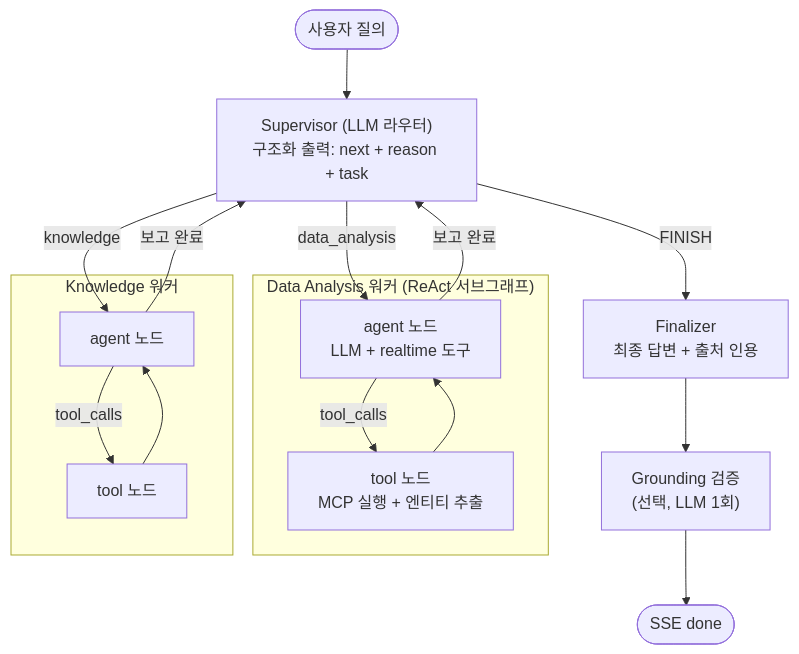
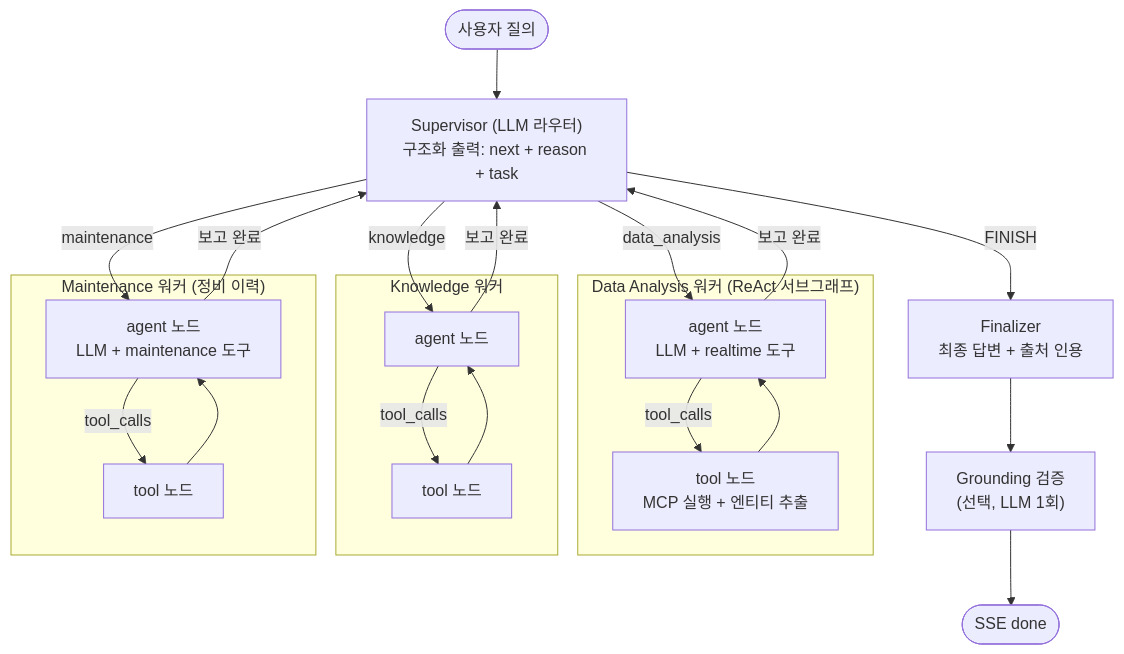
The diagram in docs/agent/architecture.md (PitCrew-Agent/Agentory-fastAPI), drawn with Mermaid before and after one commit. The commit also changed other lines of this file, not shown here.

Commit message:
docs: 에이전트 아키텍처 문서 maintenance 반영 (BE_MCP05_MAINT01)

````diff
--- a/docs/agent/architecture.md
+++ b/docs/agent/architecture.md
@@ -26,23 +26,29 @@
 ```mermaid
 flowchart TD
     START([사용자 질의]) --> SUP
 
     SUP["Supervisor (LLM 라우터)<br/>구조화 출력: next + reason + task"] -->|data_analysis| DA
     SUP -->|knowledge| KN
+    SUP -->|maintenance| MT
     SUP -->|FINISH| FIN
 
     subgraph W1["Data Analysis 워커 (ReAct 서브그래프)"]
         DA[agent 노드<br/>LLM + realtime 도구] -->|tool_calls| DAT[tool 노드<br/>MCP 실행 + 엔티티 추출]
         DAT --> DA
     end
     subgraph W2["Knowledge 워커"]
         KN[agent 노드] -->|tool_calls| KNT[tool 노드]
         KNT --> KN
     end
+    subgraph W3["Maintenance 워커 (정비 이력)"]
+        MT[agent 노드<br/>LLM + maintenance 도구] -->|tool_calls| MTT[tool 노드]
+        MTT --> MT
+    end
 
     DA -->|보고 완료| SUP
     KN -->|보고 완료| SUP
+    MT -->|보고 완료| SUP
 
     FIN["Finalizer<br/>최종 답변 + 출처 인용"] --> GRD["Grounding 검증<br/>(선택, LLM 1회)"]
     GRD --> END([SSE done])
 ```
````
